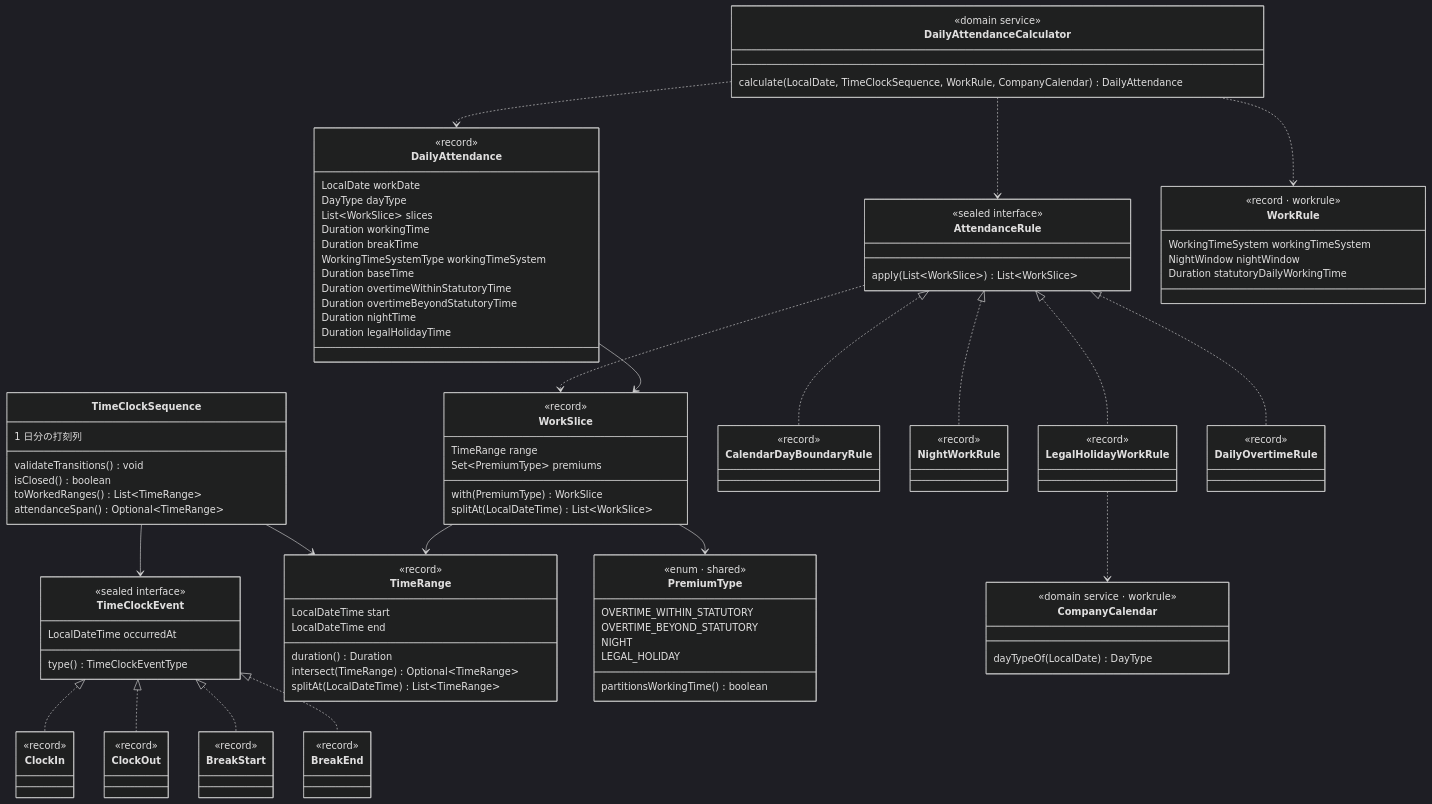
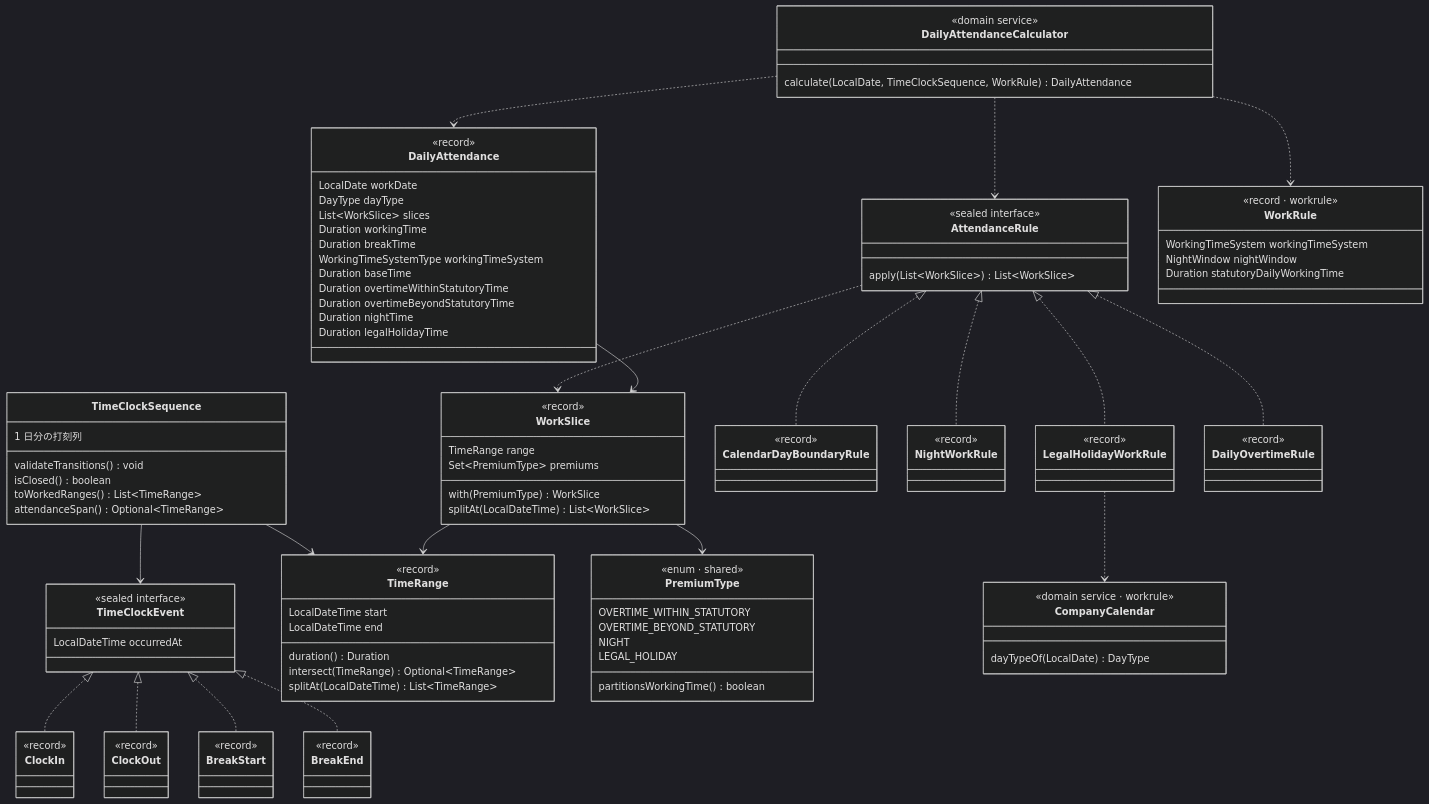
Before and after one commit to masaki-i02/newJavaProject: the diagram in doc/02_詳細設計/03_勤怠_打刻と日次集計/diagrams/ドメインモデル.mmd, drawn with Mermaid (dark theme). The commit also changed 14 other files, not shown here.

```diff
--- a/doc/02_詳細設計/03_勤怠_打刻と日次集計/diagrams/ドメインモデル.mmd
+++ b/doc/02_詳細設計/03_勤怠_打刻と日次集計/diagrams/ドメインモデル.mmd
@@ -1,98 +1,97 @@
 classDiagram
     direction TB
 
     class TimeClockEvent {
         <<sealed interface>>
         LocalDateTime occurredAt
-        type() TimeClockEventType
     }
     class ClockIn { <<record>> }
     class ClockOut { <<record>> }
     class BreakStart { <<record>> }
     class BreakEnd { <<record>> }
 
     class TimeClockSequence {
         1 日分の打刻列
         validateTransitions() void
         isClosed() boolean
         toWorkedRanges() List~TimeRange~
         attendanceSpan() Optional~TimeRange~
     }
     class TimeRange {
         <<record>>
         LocalDateTime start
         LocalDateTime end
         duration() Duration
         intersect(TimeRange) Optional~TimeRange~
         splitAt(LocalDateTime) List~TimeRange~
     }
     class WorkSlice {
         <<record>>
         TimeRange range
         Set~PremiumType~ premiums
         with(PremiumType) WorkSlice
         splitAt(LocalDateTime) List~WorkSlice~
     }
     class PremiumType {
         <<enum · shared>>
         OVERTIME_WITHIN_STATUTORY
         OVERTIME_BEYOND_STATUTORY
         NIGHT
         LEGAL_HOLIDAY
         partitionsWorkingTime() boolean
     }
     class AttendanceRule {
         <<sealed interface>>
         apply(List~WorkSlice~) List~WorkSlice~
     }
     class CalendarDayBoundaryRule { <<record>> }
     class NightWorkRule { <<record>> }
     class LegalHolidayWorkRule { <<record>> }
     class DailyOvertimeRule { <<record>> }
     class DailyAttendance {
         <<record>>
         LocalDate workDate
         DayType dayType
         List~WorkSlice~ slices
         Duration workingTime
         Duration breakTime
         WorkingTimeSystemType workingTimeSystem
         Duration baseTime
         Duration overtimeWithinStatutoryTime
         Duration overtimeBeyondStatutoryTime
         Duration nightTime
         Duration legalHolidayTime
     }
     class DailyAttendanceCalculator {
         <<domain service>>
-        calculate(LocalDate, TimeClockSequence, WorkRule, CompanyCalendar) DailyAttendance
+        calculate(LocalDate, TimeClockSequence, WorkRule) DailyAttendance
     }
     class WorkRule {
         <<record · workrule>>
         WorkingTimeSystem workingTimeSystem
         NightWindow nightWindow
         Duration statutoryDailyWorkingTime
     }
     class CompanyCalendar {
         <<domain service · workrule>>
         dayTypeOf(LocalDate) DayType
     }
 
     TimeClockEvent <|.. ClockIn
     TimeClockEvent <|.. ClockOut
     TimeClockEvent <|.. BreakStart
     TimeClockEvent <|.. BreakEnd
     TimeClockSequence --> TimeClockEvent
     TimeClockSequence --> TimeRange
     WorkSlice --> TimeRange
     WorkSlice --> PremiumType
     AttendanceRule <|.. CalendarDayBoundaryRule
     AttendanceRule <|.. NightWorkRule
     AttendanceRule <|.. LegalHolidayWorkRule
     AttendanceRule <|.. DailyOvertimeRule
     LegalHolidayWorkRule ..> CompanyCalendar
     AttendanceRule ..> WorkSlice
     DailyAttendance --> WorkSlice
     DailyAttendanceCalculator ..> AttendanceRule
     DailyAttendanceCalculator ..> DailyAttendance
     DailyAttendanceCalculator ..> WorkRule
```
